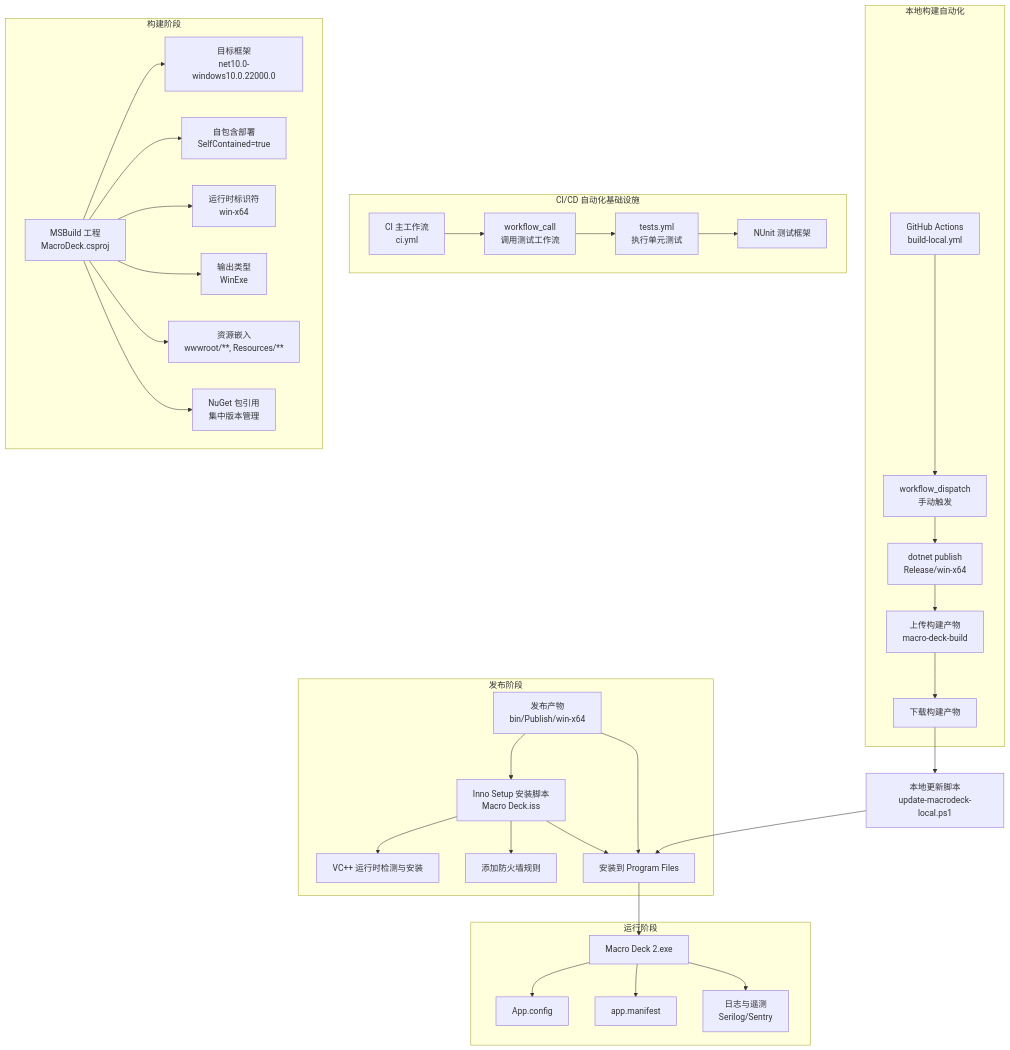
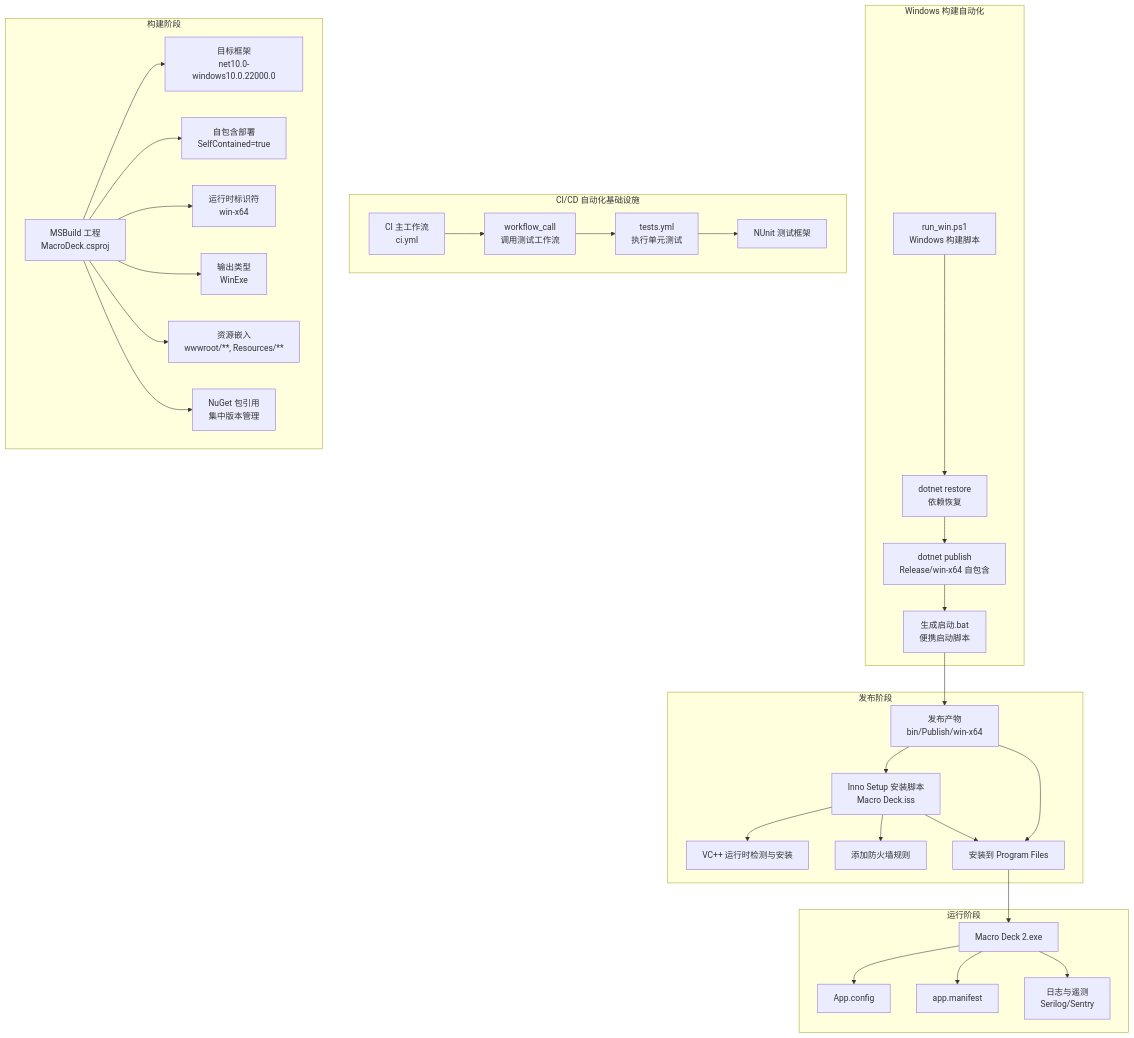
Before and after one commit to tea4go/Macro-Deck: the second of 7 diagrams in .qoder/repowiki/zh/content/开发者指南/构建和部署.md, drawn with Mermaid. The commit also changed other lines of this file and 42 other files, not shown here.

````diff
--- a/.qoder/repowiki/zh/content/开发者指南/构建和部署.md
+++ b/.qoder/repowiki/zh/content/开发者指南/构建和部署.md
@@ -128,37 +129,35 @@
 ```mermaid
 graph TB
-subgraph "本地构建自动化"
-GH["GitHub Actions<br/>build-local.yml"] --> TRIGGER["workflow_dispatch<br/>手动触发"]
-TRIGGER --> BUILD["dotnet publish<br/>Release/win-x64"]
-BUILD --> ARTIFACT["上传构建产物<br/>macro-deck-build"]
-ARTIFACT --> DOWNLOAD["下载构建产物"]
+subgraph "Windows 构建自动化"
+RUNWIN["run_win.ps1<br/>Windows 构建脚本"] --> RESTORE["dotnet restore<br/>依赖恢复"]
+RESTORE --> PUBLISH["dotnet publish<br/>Release/win-x64 自包含"]
+PUBLISH --> BATCH["生成启动.bat<br/>便携启动脚本"]
 end
 subgraph "CI/CD 自动化基础设施"
 CI["CI 主工作流<br/>ci.yml"] --> CALL["workflow_call<br/>调用测试工作流"]
 CALL --> TESTS["tests.yml<br/>执行单元测试"]
 TESTS --> UNIT["NUnit 测试框架"]
 end
 subgraph "构建阶段"
 P["MSBuild 工程<br/>MacroDeck.csproj"] --> TF["目标框架<br/>net10.0-windows10.0.22000.0"]
 P --> SC["自包含部署<br/>SelfContained=true"]
 P --> RT["运行时标识符<br/>win-x64"]
 P --> OF["输出类型<br/>WinExe"]
 P --> RES["资源嵌入<br/>wwwroot/**, Resources/**"]
 P --> PKG["NuGet 包引用<br/>集中版本管理"]
 end
 subgraph "发布阶段"
 BIN["发布产物<br/>bin/Publish/win-x64"] --> INS["Inno Setup 安装脚本<br/>Macro Deck.iss"]
 INS --> RUNTIME["VC++ 运行时检测与安装"]
 INS --> FIREWALL["添加防火墙规则"]
 INS --> INSTALL["安装到 Program Files"]
 end
 subgraph "运行阶段"
 APP["Macro Deck 2.exe"] --> CFG["App.config"]
 APP --> MAN["app.manifest"]
 APP --> LOG["日志与遥测<br/>Serilog/Sentry"]
 end
-DOWNLOAD --> LOCALUPDATE["本地更新脚本<br/>update-macrodeck-local.ps1"]
-LOCALUPDATE --> INSTALL
+BATCH --> BIN
 BIN --> INSTALL
 INSTALL --> APP
 ```
````
